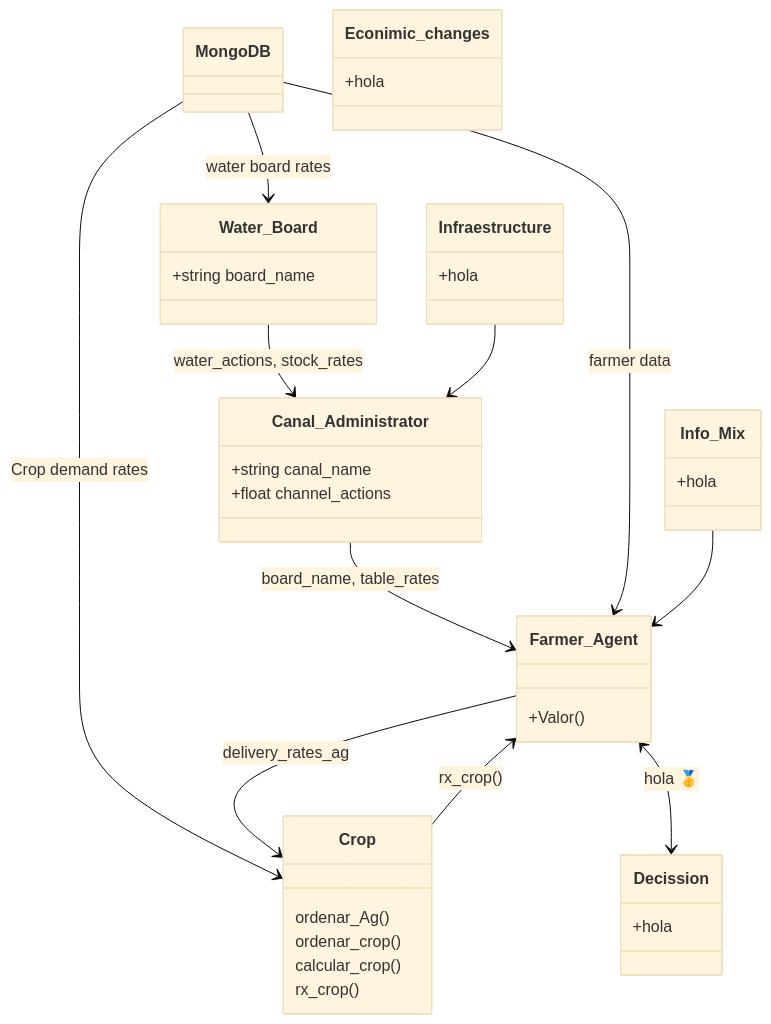
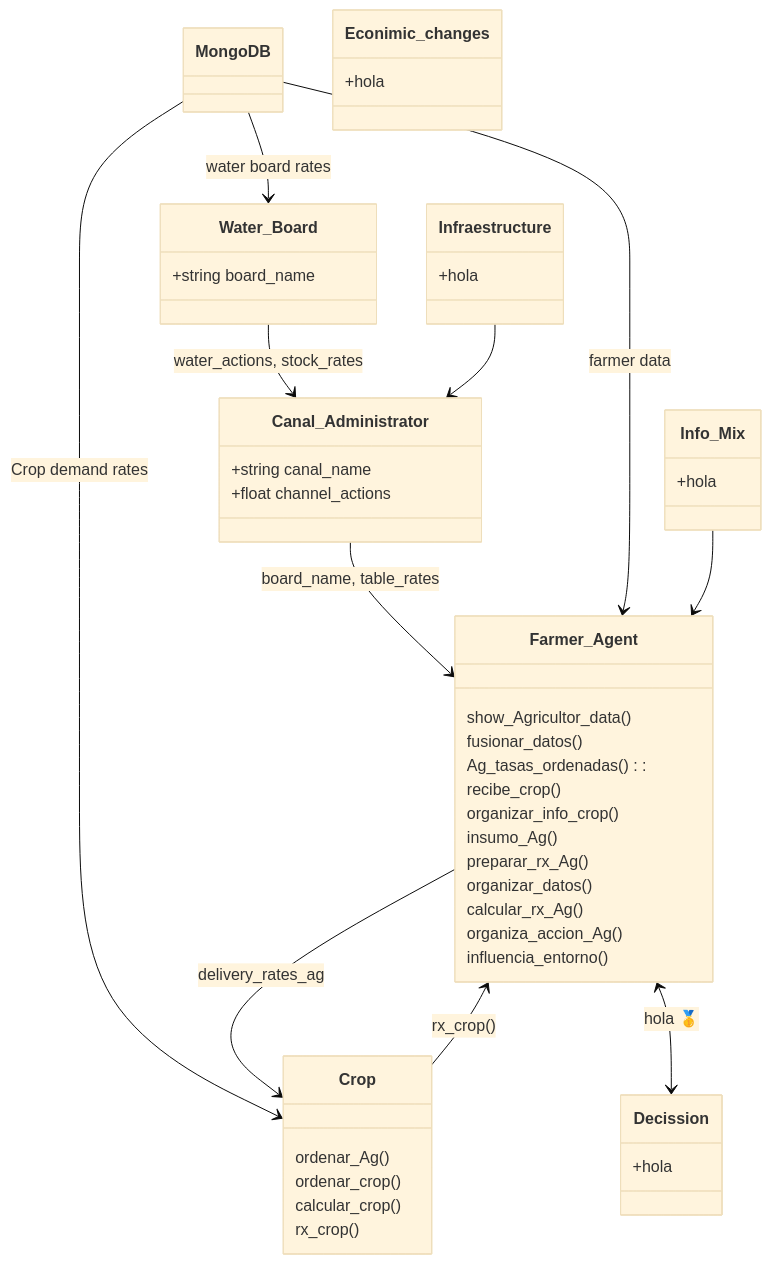
One commit to Pablov81/Agrotopia changed the diagram in README.md. Above: the diagram before and after it, drawn with Mermaid (base theme).

````diff
--- a/README.md
+++ b/README.md
@@ -46,52 +46,62 @@
 ```mermaid
 classDiagram
     class MongoDB {
     }
 
     class Water_Board {
         +string board_name
     }
 
     class Canal_Administrator{
         +string canal_name
         +float channel_actions
     }
 
     class Farmer_Agent {
-        +Valor()
+        show_Agricultor_data()
+        fusionar_datos()
+        Ag_tasas_ordenadas():
+        recibe_crop()
+        organizar_info_crop()
+        insumo_Ag()
+        preparar_rx_Ag()
+        organizar_datos()
+        calcular_rx_Ag()
+        organiza_accion_Ag()
+        influencia_entorno()
     }
 
     class Crop {
         ordenar_Ag()
         ordenar_crop()
         calcular_crop()
         rx_crop()
     }
 
     class Decission {
         +hola
     }
 
     class Info_Mix {
         +hola
     }
 
     class Infraestructure {
         +hola
     }
 
     class Econimic_changes {
         +hola
     }
 
     Water_Board --> Canal_Administrator: water_actions, stock_rates
     Canal_Administrator --> Farmer_Agent: board_name, table_rates
     MongoDB --> Water_Board: water board rates
     MongoDB --> Farmer_Agent: farmer data
     MongoDB --> Crop: Crop demand rates
     Farmer_Agent --> Crop: delivery_rates_ag
     Farmer_Agent <--> Decission:hola 🥇
     Info_Mix-->Farmer_Agent
     Infraestructure-->Canal_Administrator
     Crop --> Farmer_Agent:rx_crop()
 ```
````
